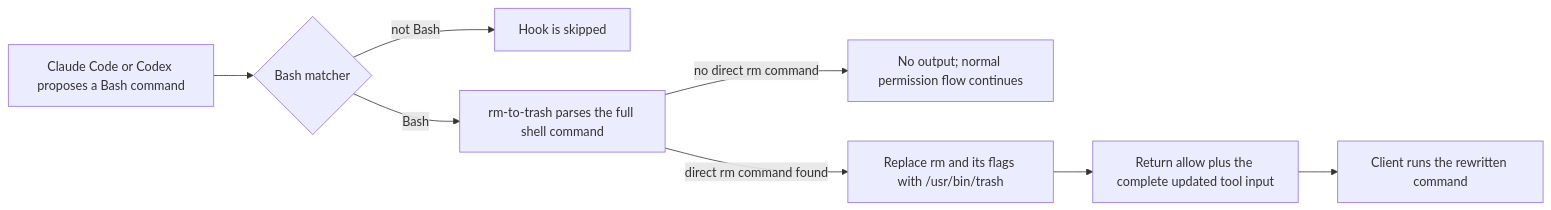
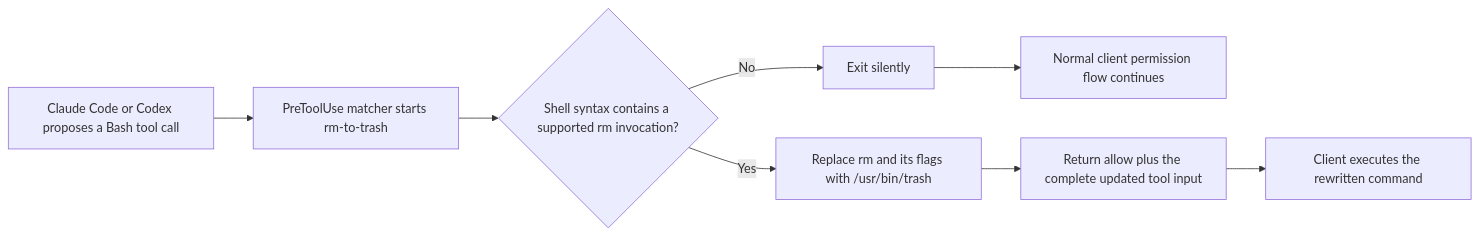
Before and after one commit to ShlomoStept/rm-to-trash-hook: the diagram in README.md, drawn with Mermaid. The commit also changed other lines of this file and 10 other files, not shown here.

````diff
--- a/README.md
+++ b/README.md
@@ -12,10 +43,10 @@
 ```mermaid
 flowchart LR
-    A["Claude Code or Codex proposes a Bash command"] --> B{"Bash matcher"}
-    B -->|"not Bash"| C["Hook is skipped"]
-    B -->|"Bash"| D["rm-to-trash parses the full shell command"]
-    D -->|"no direct rm command"| E["No output; normal permission flow continues"]
-    D -->|"direct rm command found"| F["Replace rm and its flags with /usr/bin/trash"]
+    A["Claude Code or Codex proposes a Bash tool call"] --> B["PreToolUse matcher starts rm-to-trash"]
+    B --> C{"Shell syntax contains a supported rm invocation?"}
+    C -->|"No"| D["Exit silently"]
+    D --> E["Normal client permission flow continues"]
+    C -->|"Yes"| F["Replace rm and its flags with /usr/bin/trash"]
     F --> G["Return allow plus the complete updated tool input"]
-    G --> H["Client runs the rewritten command"]
+    G --> H["Client executes the rewritten command"]
 ```
````
